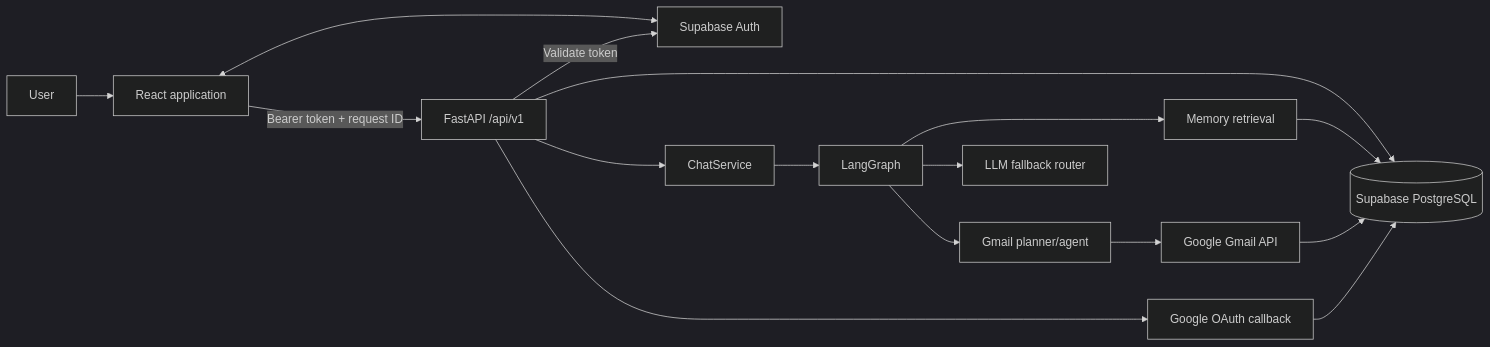
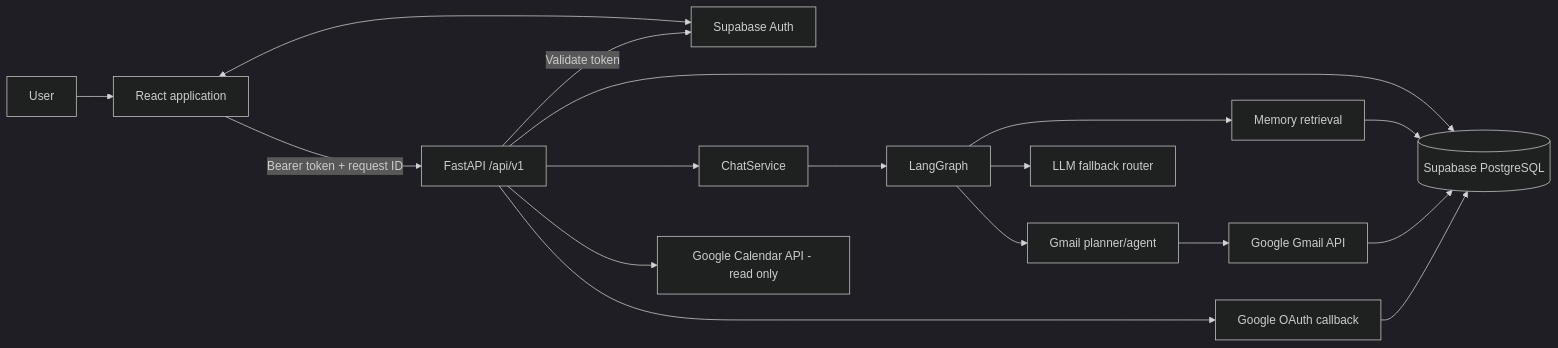
One commit to Subrata291291/Personal-AI-Assistant changed the first of 2 diagrams in PROJECT_HANDOVER.md. Above: the diagram before and after it, drawn with Mermaid (dark theme). The commit also changed other lines of this file and 36 other files, not shown here.

Commit message:
Add Calendar read tools and account selection

````diff
--- a/PROJECT_HANDOVER.md
+++ b/PROJECT_HANDOVER.md
@@ -66,18 +67,19 @@
 ```mermaid
 flowchart LR
   User[User] --> UI[React application]
   UI <--> SupabaseAuth[Supabase Auth]
   UI -->|Bearer token + request ID| API[FastAPI /api/v1]
   API -->|Validate token| SupabaseAuth
   API --> DB[(Supabase PostgreSQL)]
   API --> Chat[ChatService]
   Chat --> Graph[LangGraph]
   Graph --> Memory[Memory retrieval]
   Memory --> DB
   Graph --> LLM[LLM fallback router]
   Graph --> GmailAgent[Gmail planner/agent]
   GmailAgent --> GoogleAPI[Google Gmail API]
+  API --> CalendarAPI[Google Calendar API - read only]
   API --> OAuth[Google OAuth callback]
   OAuth --> DB
   GoogleAPI --> DB
 ```
````
